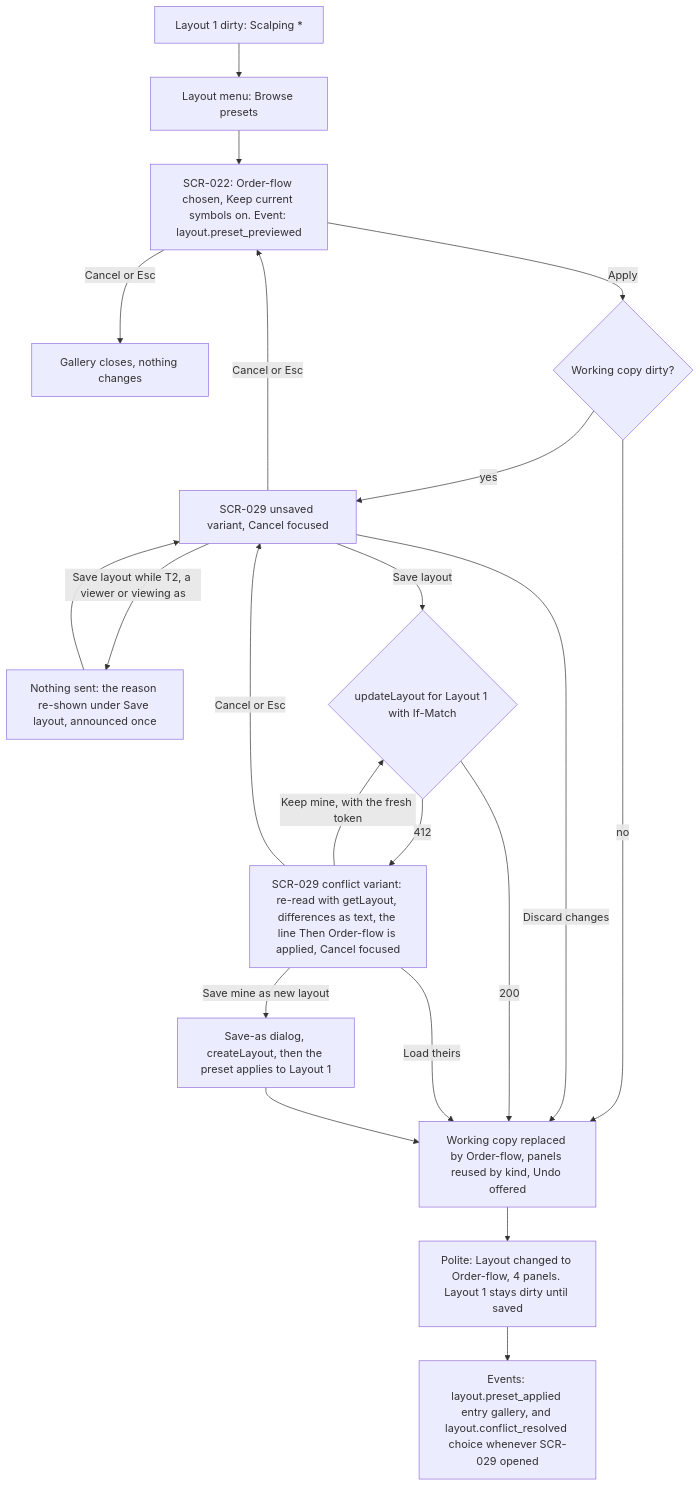
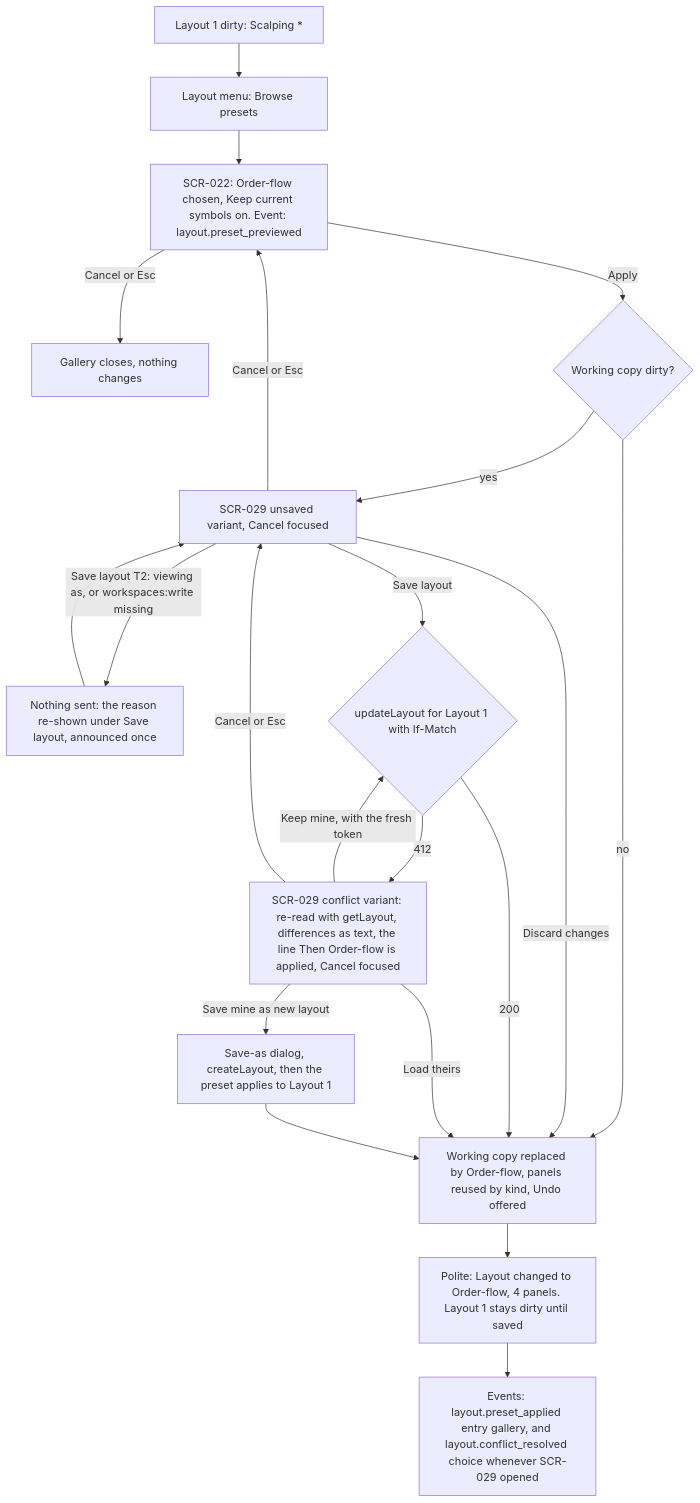
Before and after one commit to CandleViewer/CandleViewer: the third of 6 diagrams in docs/design/specs/e15-layout-flows.md, drawn with Mermaid. The commit also changed 2 other files, not shown here.

First paragraph of the commit message:
docs(charting-ui): fold the E15-D02 T2 closure Lows (text-first wording)
Fold the six Lows of the G-T2 closure re-check of 17dae3191 (APPROVE) and word the text-first
split with no closing phrasing.

````diff
--- a/docs/design/specs/e15-layout-flows.md
+++ b/docs/design/specs/e15-layout-flows.md
@@ -58,23 +58,23 @@
 ```mermaid
 flowchart TD
   A3["Layout 1 dirty: Scalping *"] --> B3["Layout menu: Browse presets"]
   B3 --> C3["SCR-022: Order-flow chosen, Keep current symbols on. Event: layout.preset_previewed"]
   C3 -->|Cancel or Esc| Z3["Gallery closes, nothing changes"]
   C3 -->|Apply| D3{"Working copy dirty?"}
   D3 -->|no| H3["Working copy replaced by Order-flow, panels reused by kind, Undo offered"]
   D3 -->|yes| E3["SCR-029 unsaved variant, Cancel focused"]
   E3 -->|Cancel or Esc| C3
   E3 -->|Discard changes| H3
-  E3 -->|Save layout while T2, a viewer or viewing as| T3["Nothing sent: the reason re-shown under Save layout, announced once"]
+  E3 -->|Save layout T2: viewing as, or workspaces:write missing| T3["Nothing sent: the reason re-shown under Save layout, announced once"]
   T3 --> E3
   E3 -->|Save layout| F3{"updateLayout for Layout 1 with If-Match"}
   F3 -->|200| H3
   F3 -->|412| G3["SCR-029 conflict variant: re-read with getLayout, differences as text, the line Then Order-flow is applied, Cancel focused"]
   G3 -->|Keep mine, with the fresh token| F3
   G3 -->|Load theirs| H3
   G3 -->|Save mine as new layout| S3["Save-as dialog, createLayout, then the preset applies to Layout 1"]
   G3 -->|Cancel or Esc| E3
   S3 --> H3
   H3 --> I3["Polite: Layout changed to Order-flow, 4 panels. Layout 1 stays dirty until saved"]
   I3 --> J3["Events: layout.preset_applied entry gallery, and layout.conflict_resolved choice whenever SCR-029 opened"]
 ```
````
